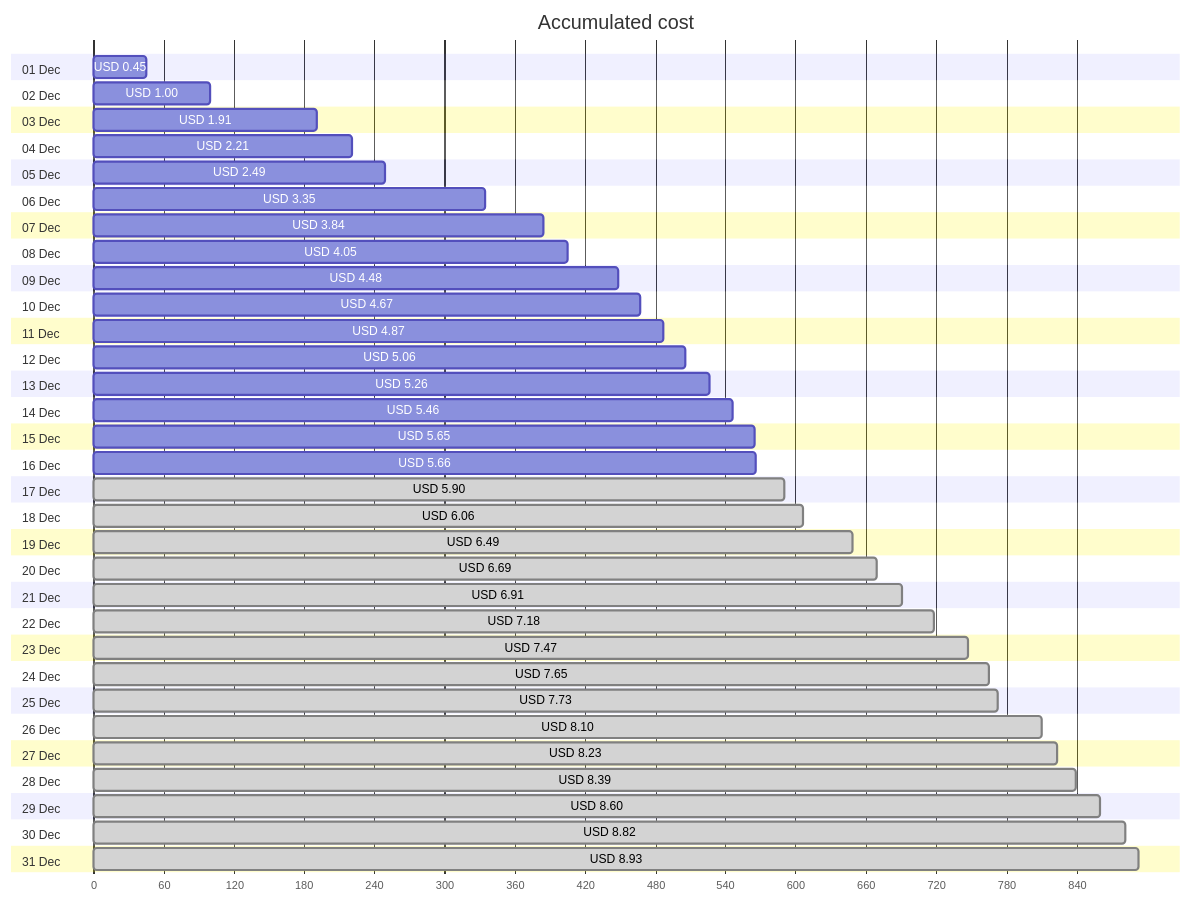
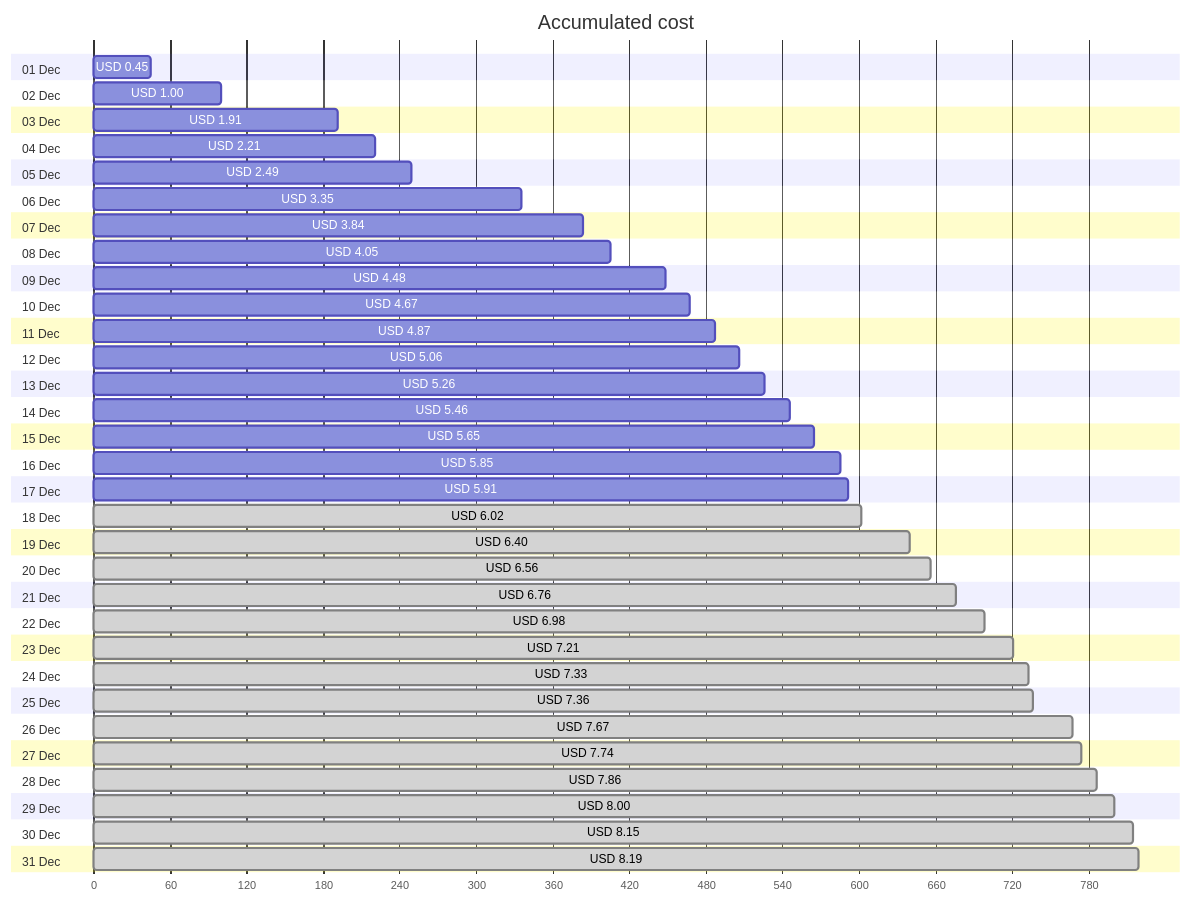
Before and after one commit to jpfulton/azure-personal-reports: the first of 4 diagrams in cost-reports/personal-network/vpn-server.md, drawn with Mermaid. The commit also changed other lines of this file and 8 other files, not shown here.

````diff
--- a/cost-reports/personal-network/vpn-server.md
+++ b/cost-reports/personal-network/vpn-server.md
@@ -20,68 +20,68 @@
 ```mermaid
 gantt
    title Accumulated cost
    dateFormat  X
    axisFormat %s
    section 01 Dec
    USD 0.45 :0, 45
    section 02 Dec
    USD 1.00 :0, 100
    section 03 Dec
    USD 1.91 :0, 191
    section 04 Dec
    USD 2.21 :0, 221
    section 05 Dec
    USD 2.49 :0, 249
    section 06 Dec
    USD 3.35 :0, 335
    section 07 Dec
    USD 3.84 :0, 384
    section 08 Dec
    USD 4.05 :0, 405
    section 09 Dec
    USD 4.48 :0, 448
    section 10 Dec
    USD 4.67 :0, 467
    section 11 Dec
    USD 4.87 :0, 487
    section 12 Dec
    USD 5.06 :0, 506
    section 13 Dec
    USD 5.26 :0, 526
    section 14 Dec
    USD 5.46 :0, 546
    section 15 Dec
    USD 5.65 :0, 565
    section 16 Dec
-   USD 5.66 :0, 566
+   USD 5.85 :0, 585
    section 17 Dec
-   USD 5.90 : done, 0, 590
+   USD 5.91 :0, 591
    section 18 Dec
-   USD 6.06 : done, 0, 606
+   USD 6.02 : done, 0, 602
    section 19 Dec
-   USD 6.49 : done, 0, 649
+   USD 6.40 : done, 0, 640
    section 20 Dec
-   USD 6.69 : done, 0, 669
+   USD 6.56 : done, 0, 656
    section 21 Dec
-   USD 6.91 : done, 0, 691
+   USD 6.76 : done, 0, 676
    section 22 Dec
-   USD 7.18 : done, 0, 718
+   USD 6.98 : done, 0, 698
    section 23 Dec
-   USD 7.47 : done, 0, 747
+   USD 7.21 : done, 0, 721
    section 24 Dec
-   USD 7.65 : done, 0, 765
+   USD 7.33 : done, 0, 733
    section 25 Dec
-   USD 7.73 : done, 0, 773
+   USD 7.36 : done, 0, 736
    section 26 Dec
-   USD 8.10 : done, 0, 810
+   USD 7.67 : done, 0, 767
    section 27 Dec
-   USD 8.23 : done, 0, 823
+   USD 7.74 : done, 0, 774
    section 28 Dec
-   USD 8.39 : done, 0, 839
+   USD 7.86 : done, 0, 786
    section 29 Dec
-   USD 8.60 : done, 0, 860
+   USD 8.00 : done, 0, 800
    section 30 Dec
-   USD 8.82 : done, 0, 882
+   USD 8.15 : done, 0, 815
    section 31 Dec
-   USD 8.93 : done, 0, 893
+   USD 8.19 : done, 0, 819
 ```
````
